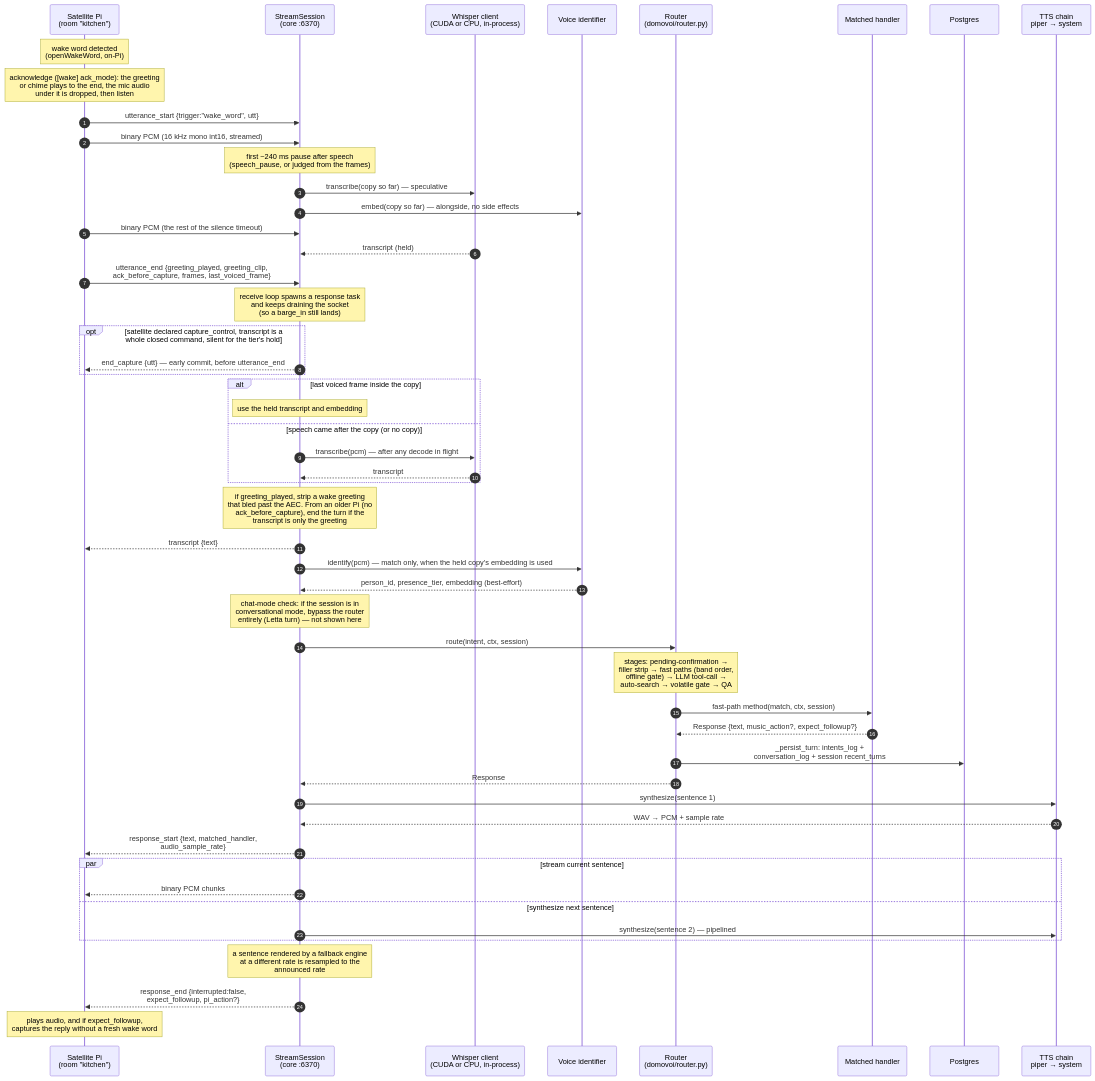
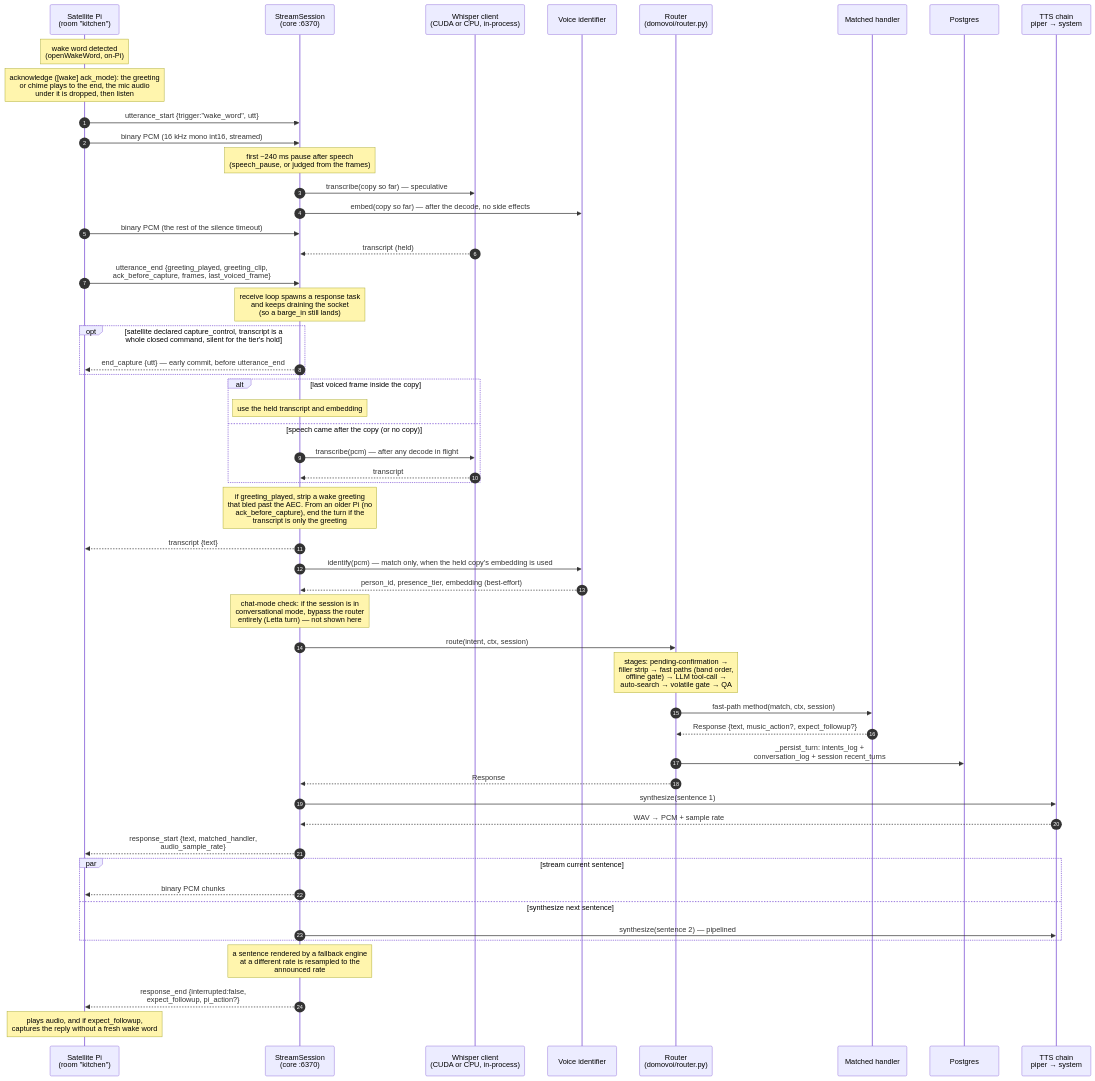
Before and after one commit to coders-farm-official/domovoi: the first of 2 diagrams in docs/uml/voice-turn.md, drawn with Mermaid. The commit also changed 16 other files, not shown here.

````diff
--- a/docs/uml/voice-turn.md
+++ b/docs/uml/voice-turn.md
@@ -16,60 +16,60 @@
 ```mermaid
 sequenceDiagram
     autonumber
     participant Pi as Satellite Pi<br/>(room "kitchen")
     participant WS as StreamSession<br/>(core :6370)
     participant STT as Whisper client<br/>(CUDA or CPU, in-process)
     participant VID as Voice identifier
     participant R as Router<br/>(domovoi/router.py)
     participant H as Matched handler
     participant DB as Postgres
     participant TTS as TTS chain<br/>piper → system
 
     Note over Pi: wake word detected<br/>(openWakeWord, on-Pi)
     Note over Pi: acknowledge ([wake] ack_mode): the greeting<br/>or chime plays to the end, the mic audio<br/>under it is dropped, then listen
     Pi->>WS: utterance_start {trigger:"wake_word", utt}
     Pi->>WS: binary PCM (16 kHz mono int16, streamed)
     Note over WS: first ~240 ms pause after speech<br/>(speech_pause, or judged from the frames)
     WS->>STT: transcribe(copy so far) — speculative
-    WS->>VID: embed(copy so far) — alongside, no side effects
+    WS->>VID: embed(copy so far) — after the decode, no side effects
     Pi->>WS: binary PCM (the rest of the silence timeout)
     STT-->>WS: transcript (held)
     Pi->>WS: utterance_end {greeting_played, greeting_clip,<br/>ack_before_capture, frames, last_voiced_frame}
     Note over WS: receive loop spawns a response task<br/>and keeps draining the socket<br/>(so a barge_in still lands)
 
     opt satellite declared capture_control, transcript is a<br/>whole closed command, silent for the tier's hold
         WS-->>Pi: end_capture {utt} — early commit, before utterance_end
     end
     alt last voiced frame inside the copy
         Note over WS: use the held transcript and embedding
     else speech came after the copy (or no copy)
         WS->>STT: transcribe(pcm) — after any decode in flight
         STT-->>WS: transcript
     end
     Note over WS: if greeting_played, strip a wake greeting<br/>that bled past the AEC. From an older Pi (no<br/>ack_before_capture), end the turn if the<br/>transcript is only the greeting
     WS-->>Pi: transcript {text}
 
     WS->>VID: identify(pcm) — match only, when the held copy's embedding is used
     VID-->>WS: person_id, presence_tier, embedding (best-effort)
 
     Note over WS: chat-mode check: if the session is in<br/>conversational mode, bypass the router<br/>entirely (Letta turn) — not shown here
 
     WS->>R: route(intent, ctx, session)
     Note over R: stages: pending-confirmation →<br/>filler strip → fast paths (band order,<br/>offline gate) → LLM tool-call →<br/>auto-search → volatile gate → QA
     R->>H: fast-path method(match, ctx, session)
     H-->>R: Response {text, music_action?, expect_followup?}
     R->>DB: _persist_turn: intents_log +<br/>conversation_log + session recent_turns
     R-->>WS: Response
 
     WS->>TTS: synthesize(sentence 1)
     TTS-->>WS: WAV → PCM + sample rate
     WS-->>Pi: response_start {text, matched_handler,<br/>audio_sample_rate}
     par stream current sentence
         WS-->>Pi: binary PCM chunks
     and synthesize next sentence
         WS->>TTS: synthesize(sentence 2) — pipelined
     end
     Note over WS: a sentence rendered by a fallback engine<br/>at a different rate is resampled to the<br/>announced rate
     WS-->>Pi: response_end {interrupted:false,<br/>expect_followup, pi_action?}
     Note over Pi: plays audio, and if expect_followup,<br/>captures the reply without a fresh wake word
 ```
````
